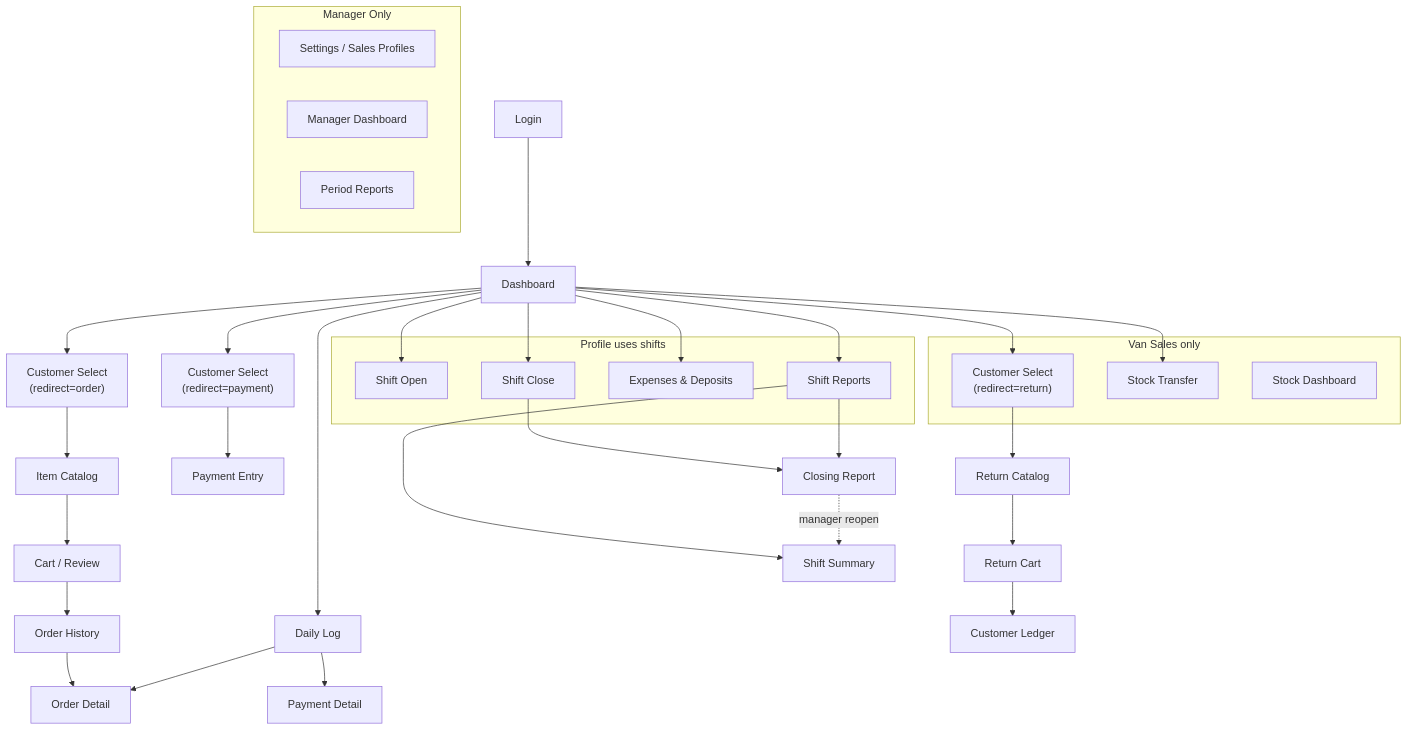
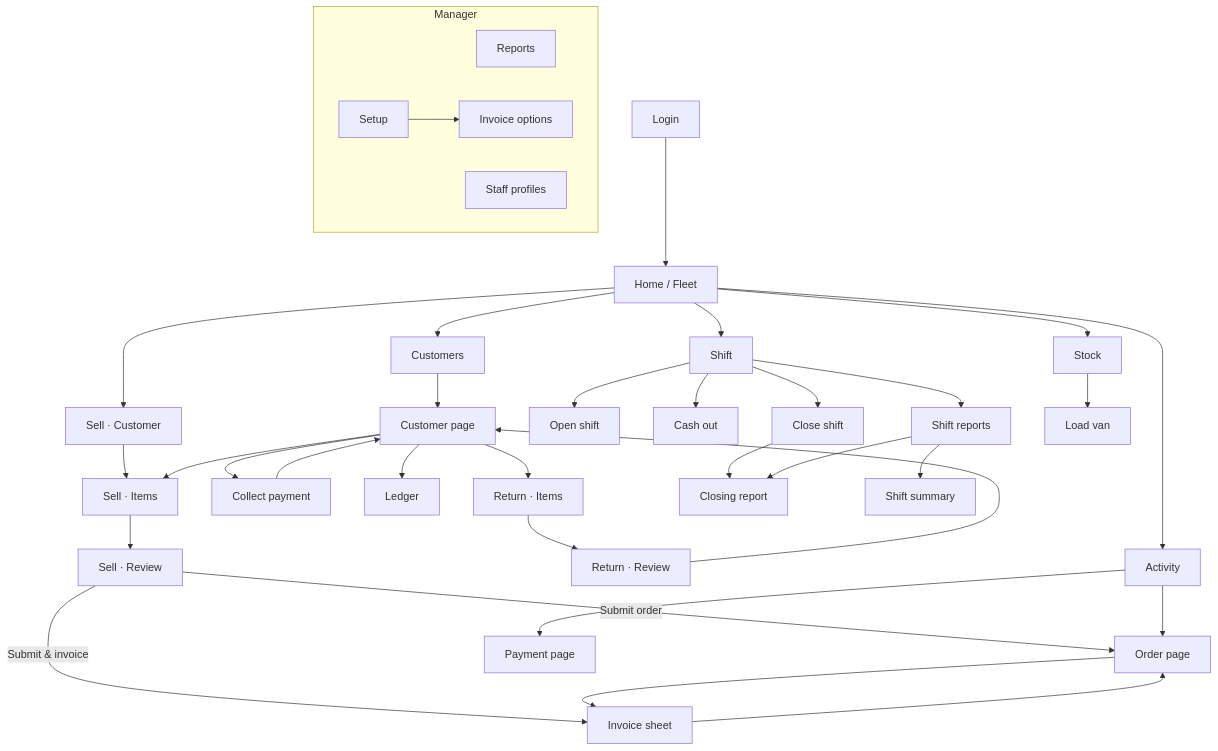
Before and after one commit to siijjas/sales_pwa: the diagram in PRD.md, drawn with Mermaid. The commit also changed other lines of this file and 172 other files, not shown here.

````diff
--- a/PRD.md
+++ b/PRD.md
@@ -324,51 +129,45 @@
 ```mermaid
 graph TD
-    Login["Login"] --> Dashboard["Dashboard"]
+    Login["Login"] --> Home["Home / Fleet"]
 
-    Dashboard --> CS_Order["Customer Select<br/>(redirect=order)"]
-    Dashboard --> CS_Payment["Customer Select<br/>(redirect=payment)"]
-    Dashboard --> CS_Return["Customer Select<br/>(redirect=return)"]
-    Dashboard --> StockTransfer["Stock Transfer"]
-    Dashboard --> ShiftOpen["Shift Open"]
-    Dashboard --> ShiftClose["Shift Close"]
-    Dashboard --> CashMovements["Expenses & Deposits"]
-    Dashboard --> ShiftReports["Shift Reports"]
-    Dashboard --> DailyLog["Daily Log"]
+    Home --> SellCustomer["Sell · Customer"]
+    SellCustomer --> SellItems["Sell · Items"]
+    SellItems --> SellReview["Sell · Review"]
+    SellReview -- "Submit order" --> Order["Order page"]
+    SellReview -- "Submit & invoice" --> InvoiceSheet["Invoice sheet"]
+    InvoiceSheet --> Order
+    Order --> InvoiceSheet
 
-    CS_Order --> Catalog["Item Catalog"]
-    Catalog --> Cart["Cart / Review"]
-    Cart --> History["Order History"]
+    Home --> Customers["Customers"]
+    Customers --> Customer["Customer page"]
+    Customer --> SellItems
+    Customer --> Collect["Collect payment"]
+    Customer --> Ledger["Ledger"]
+    Customer --> ReturnItems["Return · Items"]
+    ReturnItems --> ReturnReview["Return · Review"]
+    ReturnReview --> Customer
+    Collect --> Customer
 
-    CS_Payment --> Payment["Payment Entry"]
-    CS_Return --> ReturnCatalog["Return Catalog"]
-    ReturnCatalog --> ReturnCart["Return Cart"]
-    ReturnCart --> Ledger["Customer Ledger"]
+    Home --> Activity["Activity"]
+    Activity --> Order
+    Activity --> Payment["Payment page"]
 
-    History --> OrderDetail["Order Detail"]
-    DailyLog --> OrderDetail
-    DailyLog --> PaymentDetail["Payment Detail"]
+    Home --> Shift["Shift"]
+    Shift --> ShiftOpen["Open shift"]
+    Shift --> ShiftCash["Cash out"]
+    Shift --> ShiftClose["Close shift"]
+    ShiftClose --> ClosingReport["Closing report"]
+    Shift --> ShiftReports["Shift reports"]
+    ShiftReports --> ShiftSummary["Shift summary"]
+    ShiftReports --> ClosingReport
 
-    ShiftClose --> ClosingReport["Closing Report"]
-    ShiftReports --> ShiftSummary["Shift Summary"]
-    ShiftReports --> ClosingReport
-    ClosingReport -. manager reopen .-> ShiftSummary
+    Home --> Stock["Stock"]
+    Stock --> StockLoad["Load van"]
 
-    subgraph Manager Only
-        Settings["Settings / Sales Profiles"]
-        ManagerDashboard["Manager Dashboard"]
-        Reports["Period Reports"]
-    end
-
-    subgraph Van Sales only
-        StockDashboard["Stock Dashboard"]
-        StockTransfer
-        CS_Return
-    end
-
-    subgraph Profile uses shifts
-        ShiftOpen
-        ShiftClose
-        CashMovements
-        ShiftReports
+    subgraph Manager
+        Reports["Reports"]
+        Staff["Staff profiles"]
+        Setup["Setup"]
+        Setup --> InvoiceOptions["Invoice options"]
     end
 ```
````
